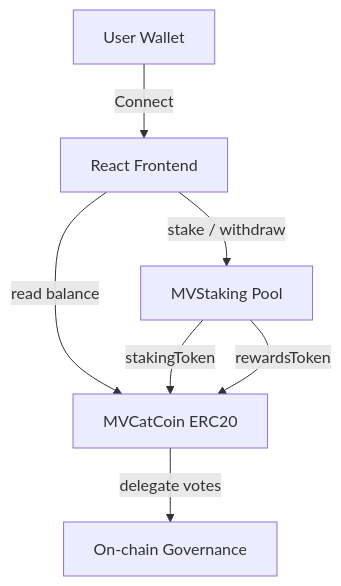
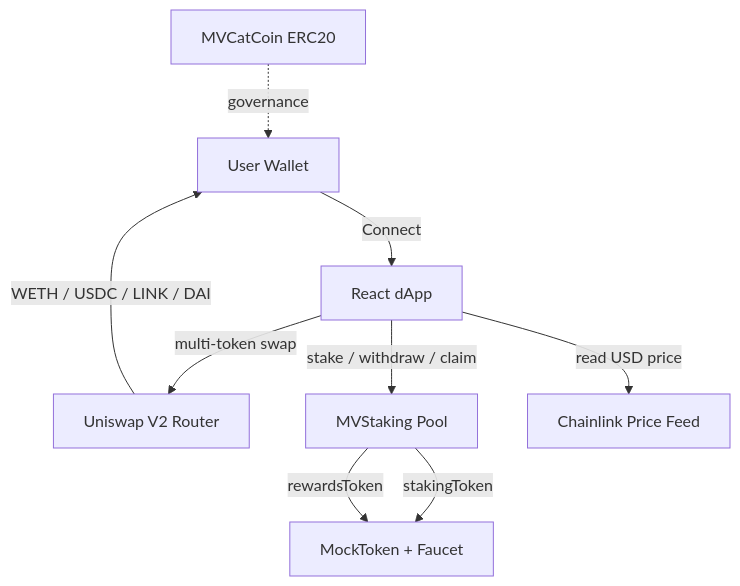
One commit to wowasoy/mvcatcoin changed the diagram in README.md. Above: the diagram before and after it, drawn with Mermaid. The commit also changed other lines of this file, not shown here.

Commit message:
docs: update README with swap, Chainlink, and staking features

````diff
--- a/README.md
+++ b/README.md
@@ -40,15 +44,19 @@
 ```mermaid
 graph TD
     User[User Wallet]
-    FE[React Frontend]
+    FE[React dApp]
+    Swap[Uniswap V2 Router]
     MC[MVCatCoin ERC20]
     MS[MVStaking Pool]
-    Gov[On-chain Governance]
+    MT[MockToken + Faucet]
+    CL[Chainlink Price Feed]
 
     User -->|Connect| FE
-    FE -->|stake / withdraw| MS
-    FE -->|read balance| MC
-    MS -->|stakingToken| MC
-    MS -->|rewardsToken| MC
-    MC -->|delegate votes| Gov
+    FE -->|multi-token swap| Swap
+    FE -->|stake / withdraw / claim| MS
+    FE -->|read USD price| CL
+    MS -->|stakingToken| MT
+    MS -->|rewardsToken| MT
+    Swap -->|WETH / USDC / LINK / DAI| User
+    MC -.->|governance| User
 ```
````
